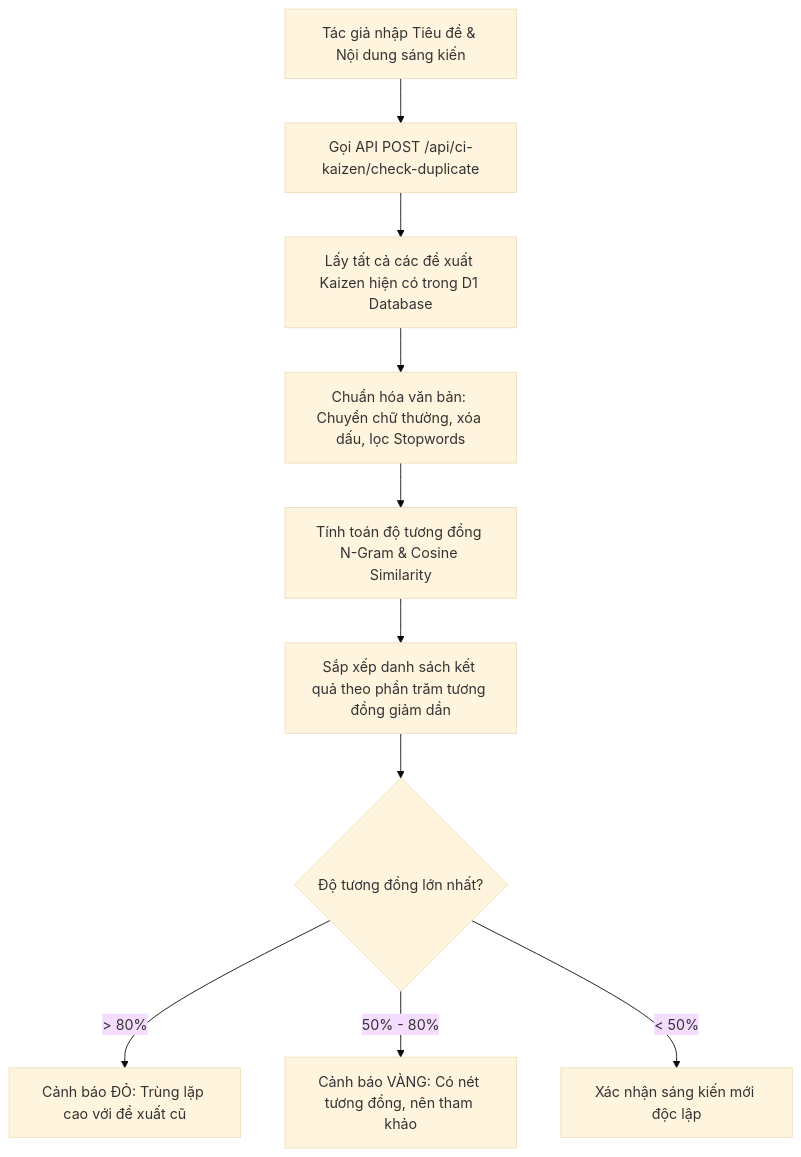
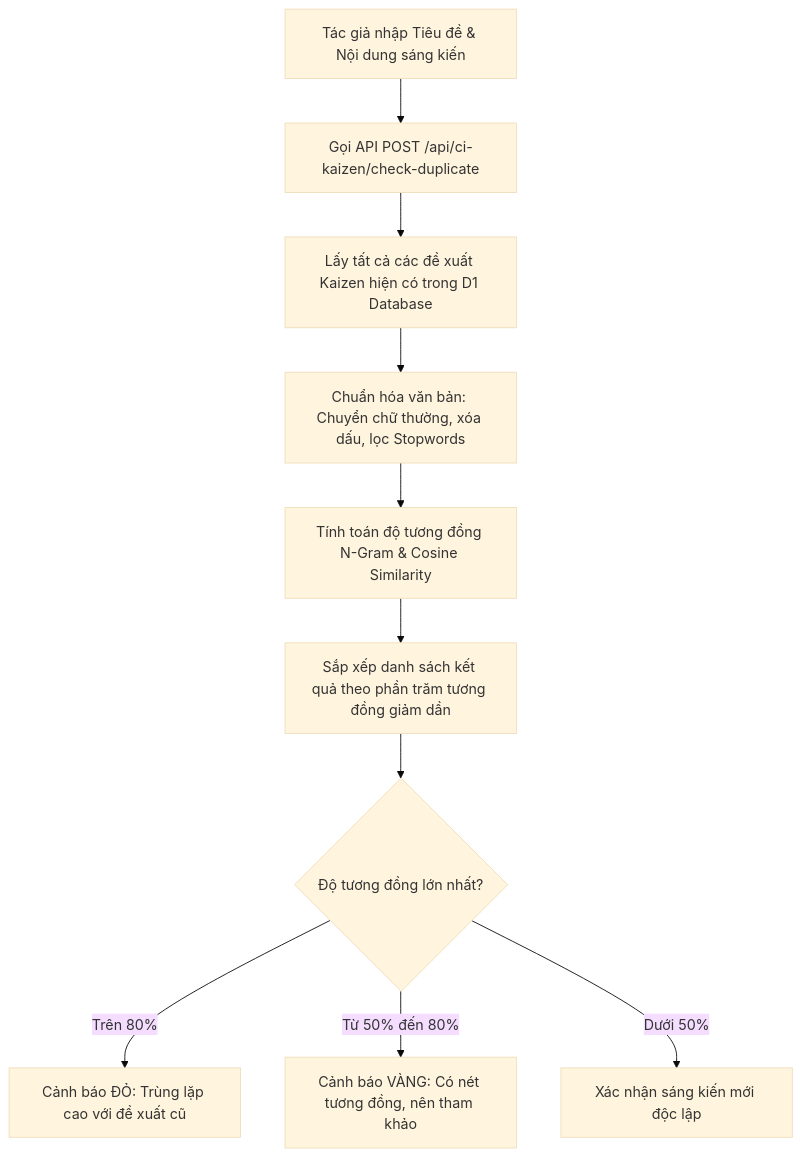
Before and after one commit to tbsgroup2026/vpchuoiskechers: the fifth of 13 diagrams in README.md, drawn with Mermaid (base theme). The commit also changed other lines of this file and 1 other file, not shown here.

Commit message:
fix(docs): sanitize Mermaid syntax for GitHub diagram renderer compatibility

````diff
--- a/README.md
+++ b/README.md
@@ -209,13 +209,13 @@
 ```mermaid
 flowchart TD
     InputData[Tác giả nhập Tiêu đề & Nội dung sáng kiến] --> TriggerAPI[Gọi API POST /api/ci-kaizen/check-duplicate]
     TriggerAPI --> QueryD1[Lấy tất cả các đề xuất Kaizen hiện có trong D1 Database]
     QueryD1 --> NlpProcess[Chuẩn hóa văn bản: Chuyển chữ thường, xóa dấu, lọc Stopwords]
     NlpProcess --> VectorCalc[Tính toán độ tương đồng N-Gram & Cosine Similarity]
     VectorCalc --> SortMatches[Sắp xếp danh sách kết quả theo phần trăm tương đồng giảm dần]
 
     SortMatches --> CheckThreshold{Độ tương đồng lớn nhất?}
-    CheckThreshold -->|> 80%| HighMatch[Cảnh báo ĐỎ: Trùng lặp cao với đề xuất cũ]
-    CheckThreshold -->|50% - 80%| MedMatch[Cảnh báo VÀNG: Có nét tương đồng, nên tham khảo]
-    CheckThreshold -->|< 50%| LowMatch[Xác nhận sáng kiến mới độc lập]
+    CheckThreshold -->|Trên 80%| HighMatch[Cảnh báo ĐỎ: Trùng lặp cao với đề xuất cũ]
+    CheckThreshold -->|Từ 50% đến 80%| MedMatch[Cảnh báo VÀNG: Có nét tương đồng, nên tham khảo]
+    CheckThreshold -->|Dưới 50%| LowMatch[Xác nhận sáng kiến mới độc lập]
 ```
````
